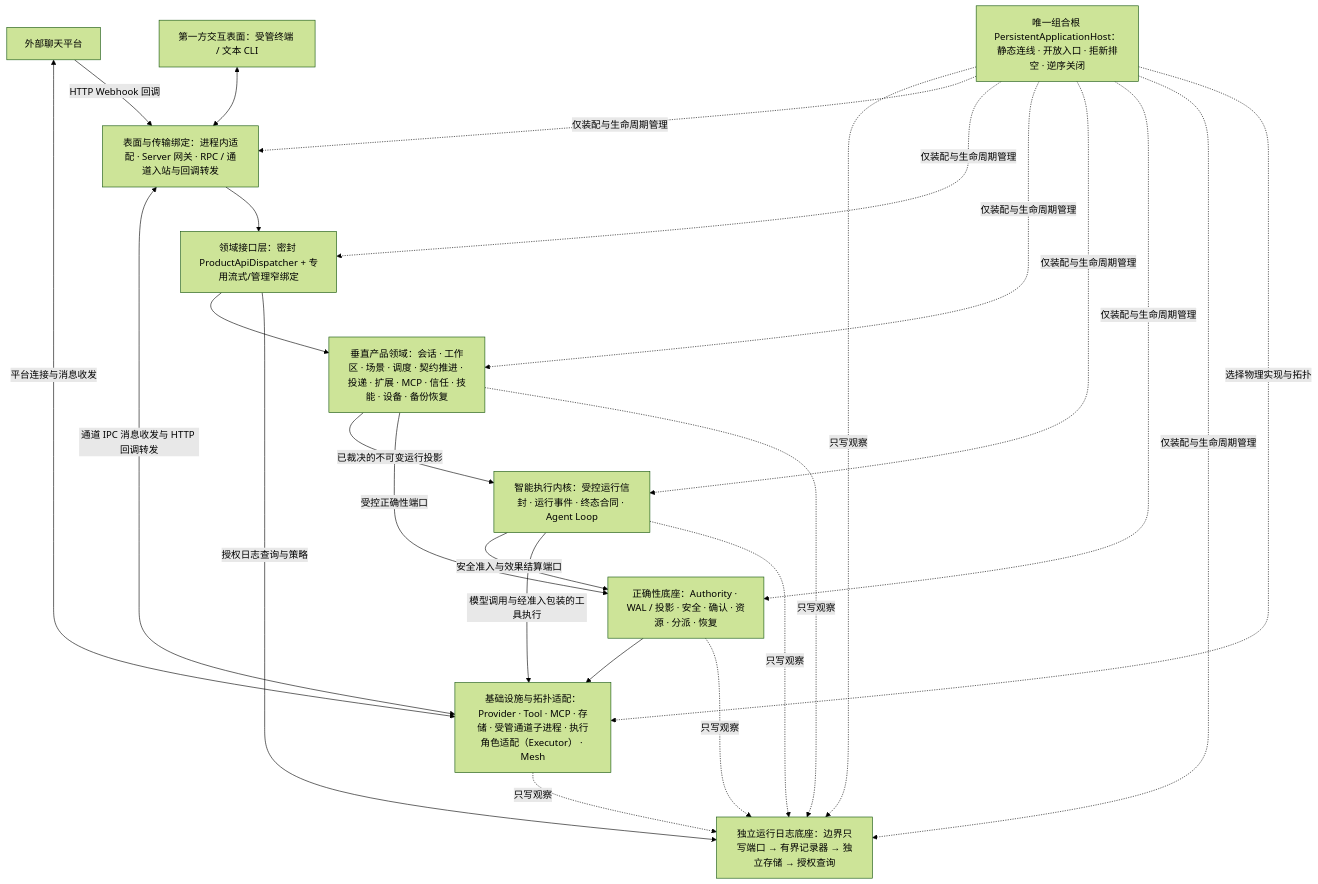
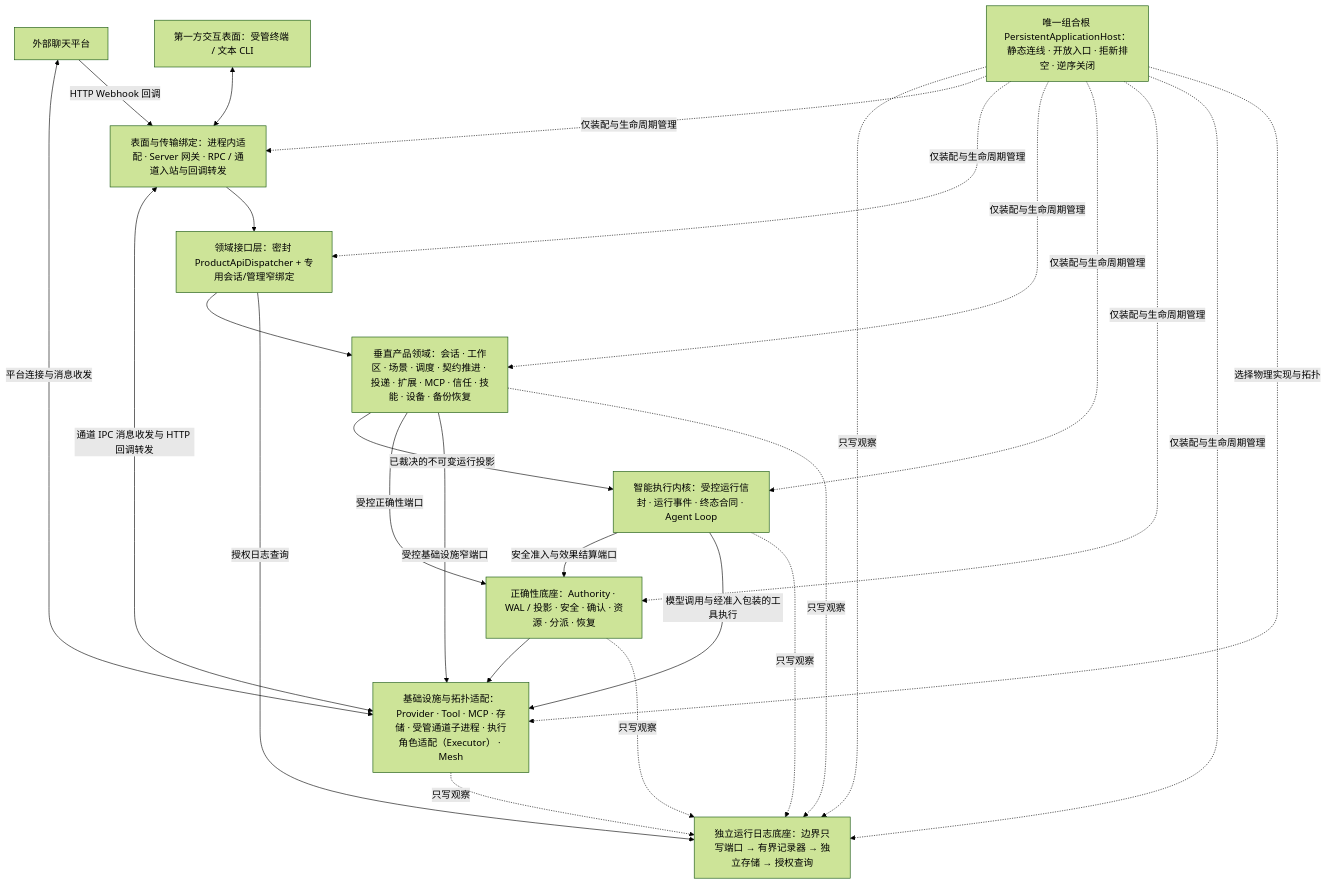
The diagram in docs/architecture/overview.md (Tandem-Agents/zhixing), drawn with Mermaid (forest theme) before and after one commit. The commit also changed other lines of this file and 2 other files, not shown here.

First line of the commit message:
docs(architecture,tasks): refine architecture overview and close completed backlog tasks

````diff
--- a/docs/architecture/overview.md
+++ b/docs/architecture/overview.md
@@ -25,37 +25,38 @@
 ```mermaid
 flowchart TB
     Surface["第一方交互表面：受管终端 / 文本 CLI"]
     Chat["外部聊天平台"]
     Binding["表面与传输绑定：进程内适配 · Server 网关 · RPC / 通道入站与回调转发"]
-    API["领域接口层：密封 ProductApiDispatcher + 专用流式/管理窄绑定"]
+    API["领域接口层：密封 ProductApiDispatcher + 专用会话/管理窄绑定"]
     Domain["垂直产品领域：会话 · 工作区 · 场景 · 调度 · 契约推进 · 投递 · 扩展 · MCP · 信任 · 技能 · 设备 · 备份恢复"]
     Kernel["智能执行内核：受控运行信封 · 运行事件 · 终态合同 · Agent Loop"]
     Correctness["正确性底座：Authority · WAL / 投影 · 安全 · 确认 · 资源 · 分派 · 恢复"]
     Edge["基础设施与拓扑适配：Provider · Tool · MCP · 存储 · 受管通道子进程 · 执行角色适配（Executor） · Mesh"]
     Logs["独立运行日志底座：边界只写端口 → 有界记录器 → 独立存储 → 授权查询"]
     Host["唯一组合根 PersistentApplicationHost：静态连线 · 开放入口 · 拒新排空 · 逆序关闭"]
 
     Surface <--> Binding
     Chat <-->|平台连接与消息收发| Edge
     Chat -->|HTTP Webhook 回调| Binding
     Binding <-->|通道 IPC 消息收发与 HTTP 回调转发| Edge
     Binding --> API --> Domain
     Domain -->|已裁决的不可变运行投影| Kernel
     Domain -->|受控正确性端口| Correctness
+    Domain -->|受控基础设施窄端口| Edge
     Kernel -->|安全准入与效果结算端口| Correctness
     Kernel -->|模型调用与经准入包装的工具执行| Edge
     Correctness --> Edge
     Domain -.只写观察.-> Logs
     Kernel -.只写观察.-> Logs
     Correctness -.只写观察.-> Logs
     Edge -.只写观察.-> Logs
     Host -.只写观察.-> Logs
-    API -->|授权日志查询与策略| Logs
+    API -->|授权日志查询| Logs
     Host -.仅装配与生命周期管理.-> Binding
     Host -.仅装配与生命周期管理.-> API
     Host -.仅装配与生命周期管理.-> Domain
     Host -.仅装配与生命周期管理.-> Kernel
     Host -.仅装配与生命周期管理.-> Correctness
     Host -.仅装配与生命周期管理.-> Logs
     Host -.选择物理实现与拓扑.-> Edge
 ```
````
